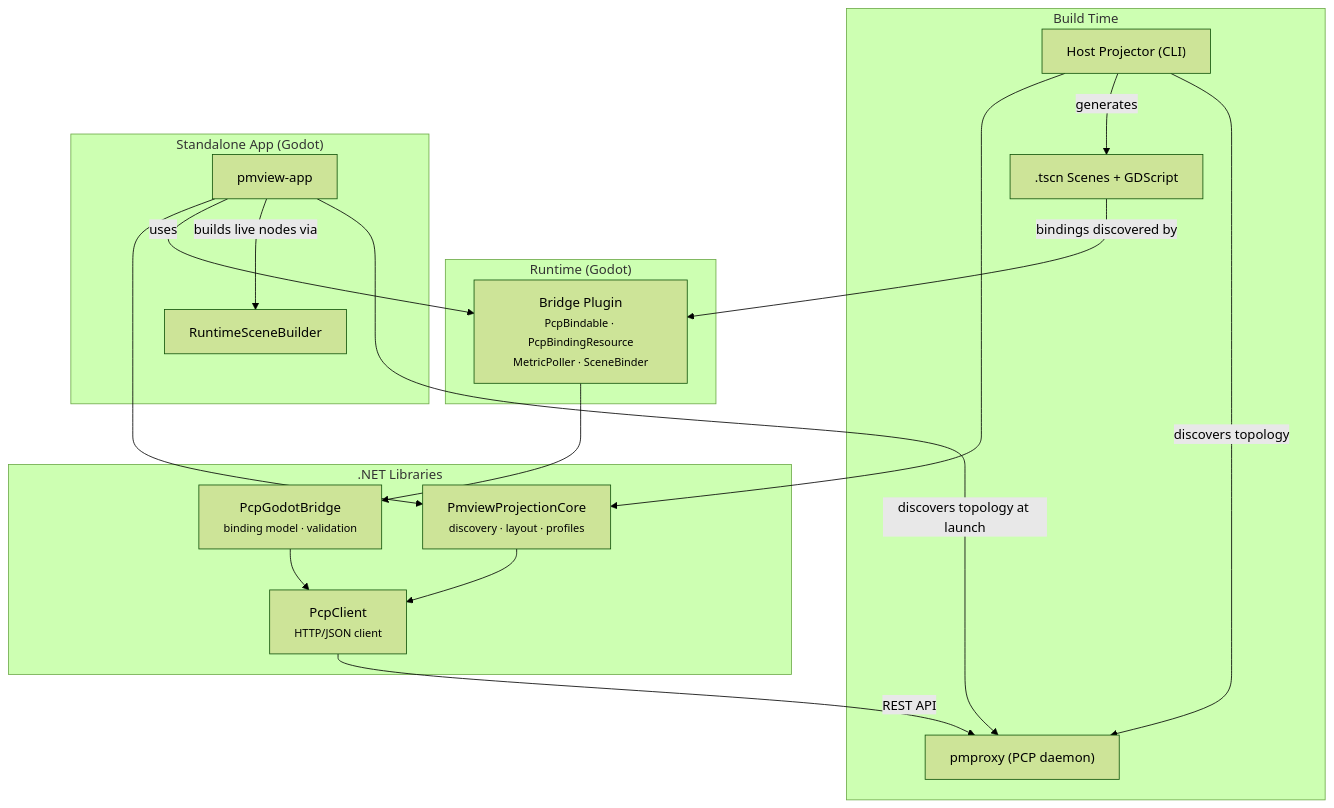
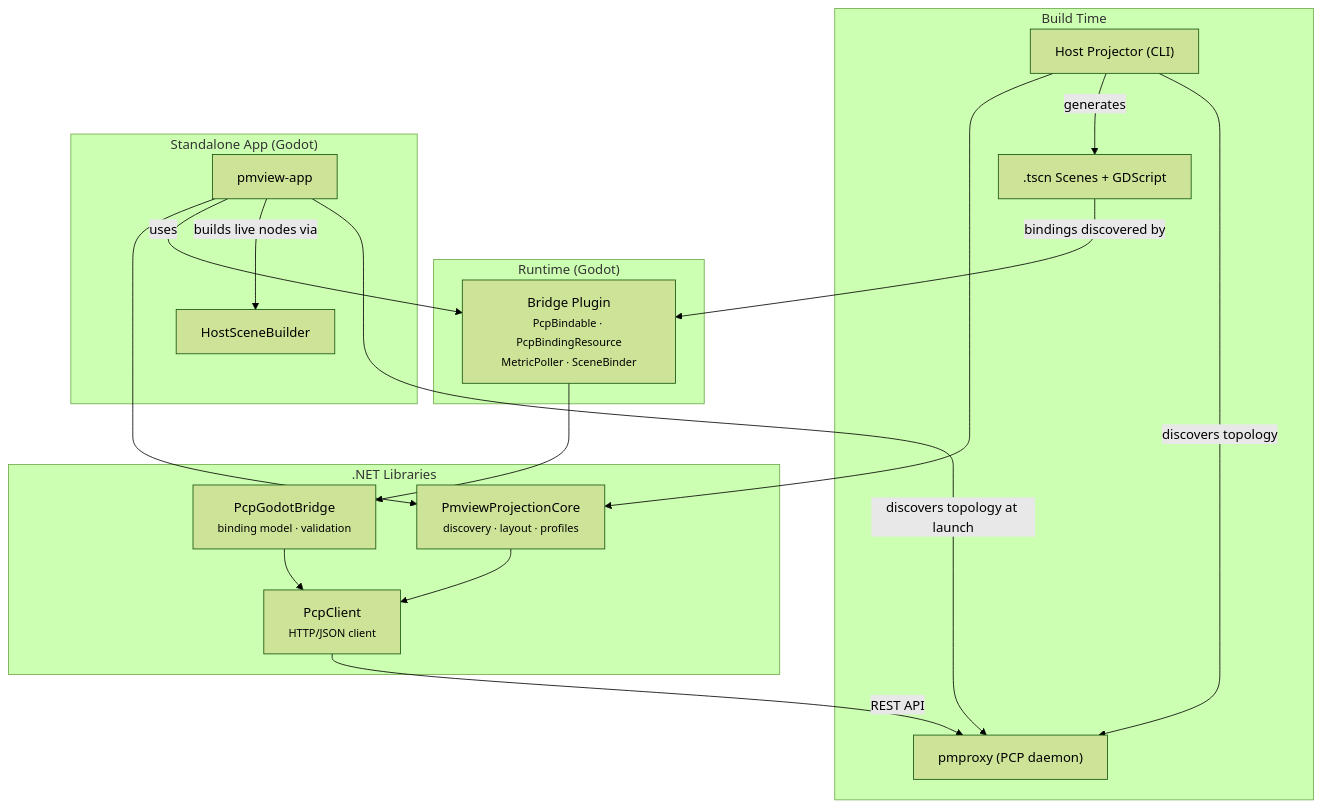
The first of 2 diagrams in docs/ARCHITECTURE.md (tallpsmith/pmview-nextgen), drawn with Mermaid (forest theme) before and after one commit. The commit also changed other lines of this file and 2 other files, not shown here.

Commit message:
Rename RuntimeSceneBuilder to HostSceneBuilder for clarity

````diff
--- a/docs/ARCHITECTURE.md
+++ b/docs/ARCHITECTURE.md
@@ -7,36 +7,36 @@
 ```mermaid
 graph TD
     pmproxy["pmproxy (PCP daemon)"]
 
     subgraph "Build Time"
         Projector["Host Projector (CLI)"]
         Projector -- "discovers topology" --> pmproxy
         Projector -- "generates" --> Scenes
     end
 
     subgraph "Runtime (Godot)"
         Scenes[".tscn Scenes + GDScript"]
         Bridge["Bridge Plugin<br/><small>PcpBindable · PcpBindingResource<br/>MetricPoller · SceneBinder</small>"]
         Scenes -- "bindings discovered by" --> Bridge
     end
 
     subgraph "Standalone App (Godot)"
         App["pmview-app"]
         App -- "discovers topology at launch" --> pmproxy
-        App -- "builds live nodes via" --> RuntimeBuilder["RuntimeSceneBuilder"]
+        App -- "builds live nodes via" --> RuntimeBuilder["HostSceneBuilder"]
         App -- "uses" --> Bridge
     end
 
     subgraph ".NET Libraries"
         ProjectionCore["PmviewProjectionCore<br/><small>discovery · layout · profiles</small>"]
         GodotBridge["PcpGodotBridge<br/><small>binding model · validation</small>"]
         Client["PcpClient<br/><small>HTTP/JSON client</small>"]
         Bridge --> GodotBridge
         GodotBridge --> Client
         Projector --> ProjectionCore
         App --> ProjectionCore
         ProjectionCore --> Client
     end
 
     Client -- "REST API" --> pmproxy
 ```
````
